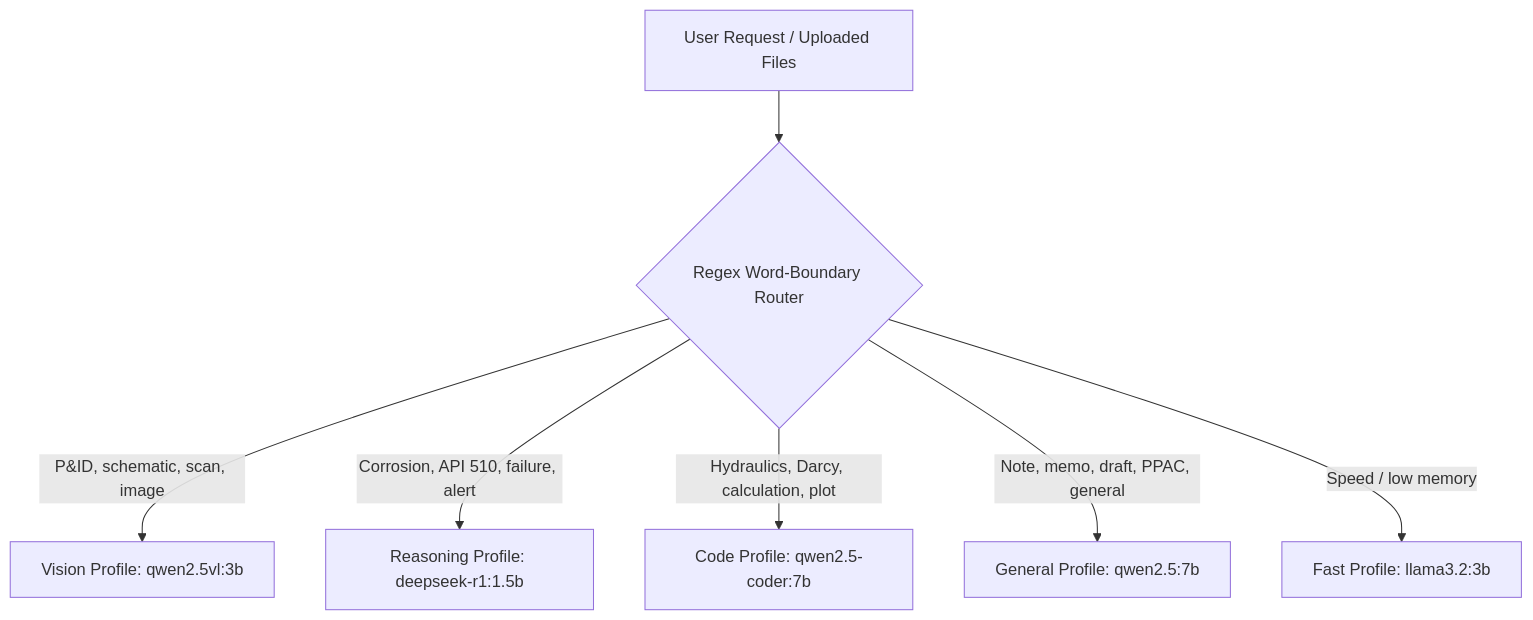
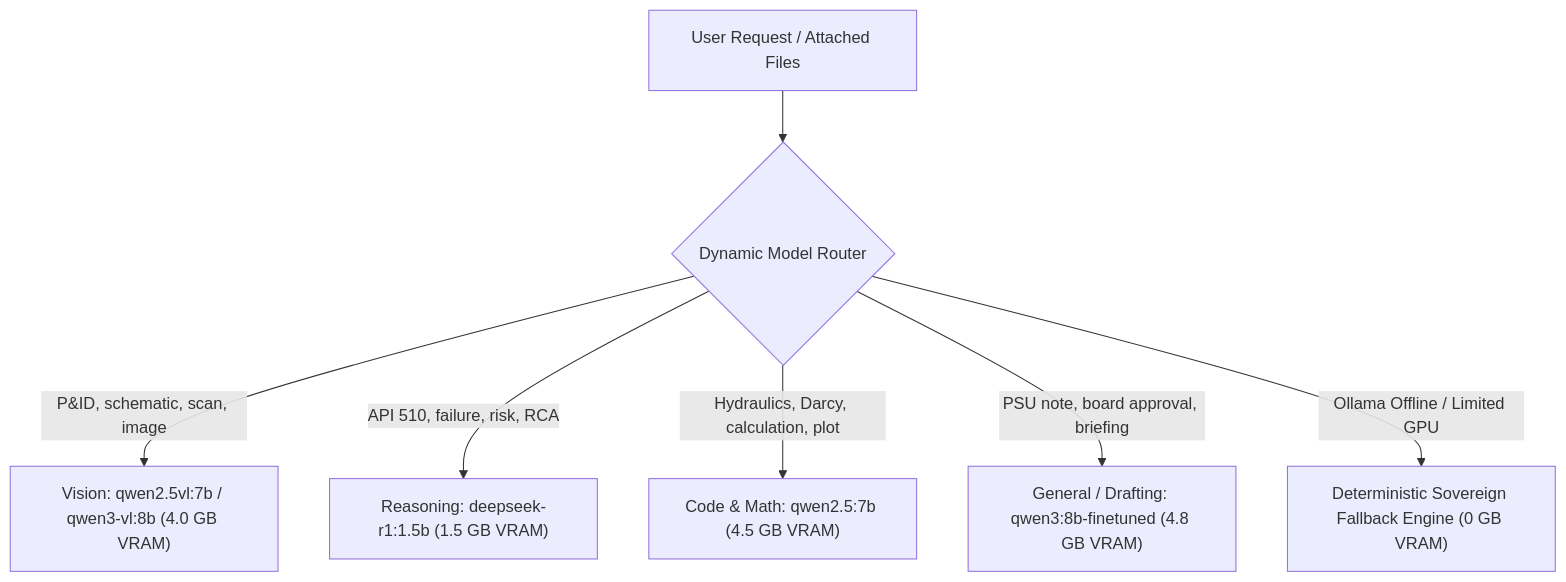
Before and after one commit to ApurveKaranwal/DRISHTI-MRPL: the fifth of 6 diagrams in README.md, drawn with Mermaid. The commit also changed other lines of this file and 24 other files, not shown here.

````diff
--- a/README.md
+++ b/README.md
@@ -157,9 +275,9 @@
 ```mermaid
 graph TD
-    UserQuery[User Request / Uploaded Files] --> Router{Regex Word-Boundary Router}
-    Router -->|P&ID, schematic, scan, image| VLM[Vision Profile: qwen2.5vl:3b]
-    Router -->|Corrosion, API 510, failure, alert| Reasoning[Reasoning Profile: deepseek-r1:1.5b]
-    Router -->|Hydraulics, Darcy, calculation, plot| Code[Code Profile: qwen2.5-coder:7b]
-    Router -->|Note, memo, draft, PPAC, general| General[General Profile: qwen2.5:7b]
-    Router -->|Speed / low memory| Fast[Fast Profile: llama3.2:3b]
+    Query[User Request / Attached Files] --> Router{Dynamic Model Router}
+    Router -->|P&ID, schematic, scan, image| VisionModel["Vision: qwen2.5vl:7b / qwen3-vl:8b (4.0 GB VRAM)"]
+    Router -->|API 510, failure, risk, RCA| ReasoningModel["Reasoning: deepseek-r1:1.5b (1.5 GB VRAM)"]
+    Router -->|Hydraulics, Darcy, calculation, plot| CodeModel["Code & Math: qwen2.5:7b (4.5 GB VRAM)"]
+    Router -->|PSU note, board approval, briefing| GeneralModel["General / Drafting: qwen3:8b-finetuned (4.8 GB VRAM)"]
+    Router -->|Ollama Offline / Limited GPU| FallbackEngine["Deterministic Sovereign Fallback Engine (0 GB VRAM)"]
 ```
````
